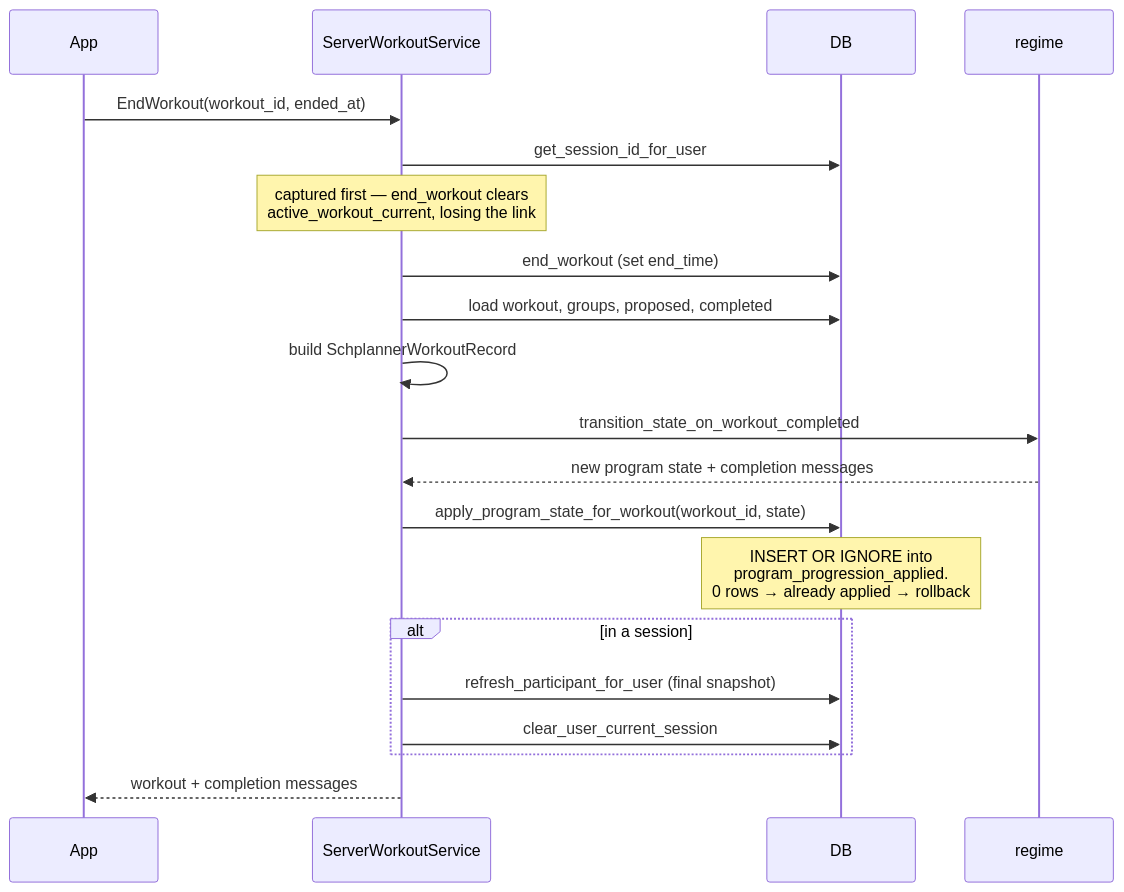
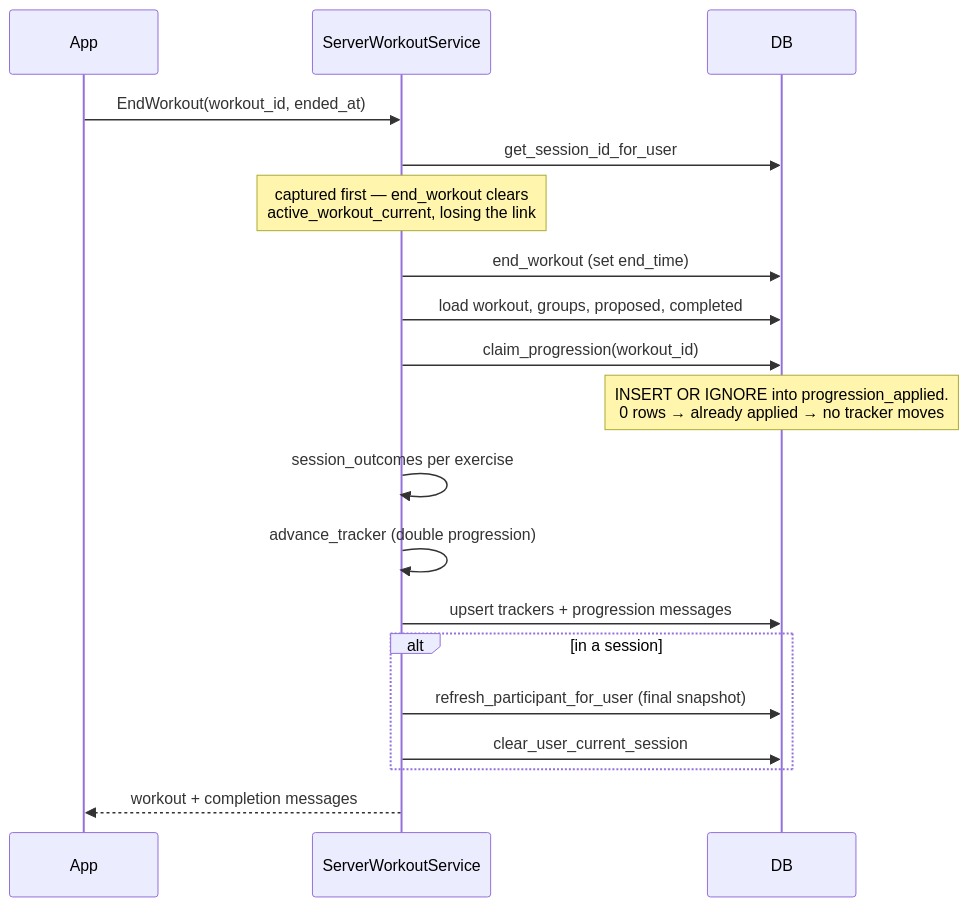
One commit to brensch/lift changed the seventh of 7 diagrams in docs/architecture/workout-lifecycle.md. Above: the diagram before and after it, drawn with Mermaid. The commit also changed other lines of this file and 12 other files, not shown here.

First line of the commit message:
docs: architecture reference follows the cutover

````diff
--- a/docs/architecture/workout-lifecycle.md
+++ b/docs/architecture/workout-lifecycle.md
@@ -171,25 +160,23 @@
 ```mermaid
 sequenceDiagram
     participant App
     participant WS as ServerWorkoutService
     participant DB
-    participant R as regime
 
     App->>WS: EndWorkout(workout_id, ended_at)
     WS->>DB: get_session_id_for_user
     Note over WS: captured first — end_workout clears<br/>active_workout_current, losing the link
     WS->>DB: end_workout (set end_time)
     WS->>DB: load workout, groups, proposed, completed
-    WS->>WS: build SchplannerWorkoutRecord
-
-    WS->>R: transition_state_on_workout_completed
-    R-->>WS: new program state + completion messages
-    WS->>DB: apply_program_state_for_workout(workout_id, state)
-    Note over DB: INSERT OR IGNORE into<br/>program_progression_applied.<br/>0 rows → already applied → rollback
+    WS->>DB: claim_progression(workout_id)
+    Note over DB: INSERT OR IGNORE into progression_applied.<br/>0 rows → already applied → no tracker moves
+    WS->>WS: session_outcomes per exercise
+    WS->>WS: advance_tracker (double progression)
+    WS->>DB: upsert trackers + progression messages
 
     alt in a session
         WS->>DB: refresh_participant_for_user (final snapshot)
         WS->>DB: clear_user_current_session
     end
     WS-->>App: workout + completion messages
 ```
````
